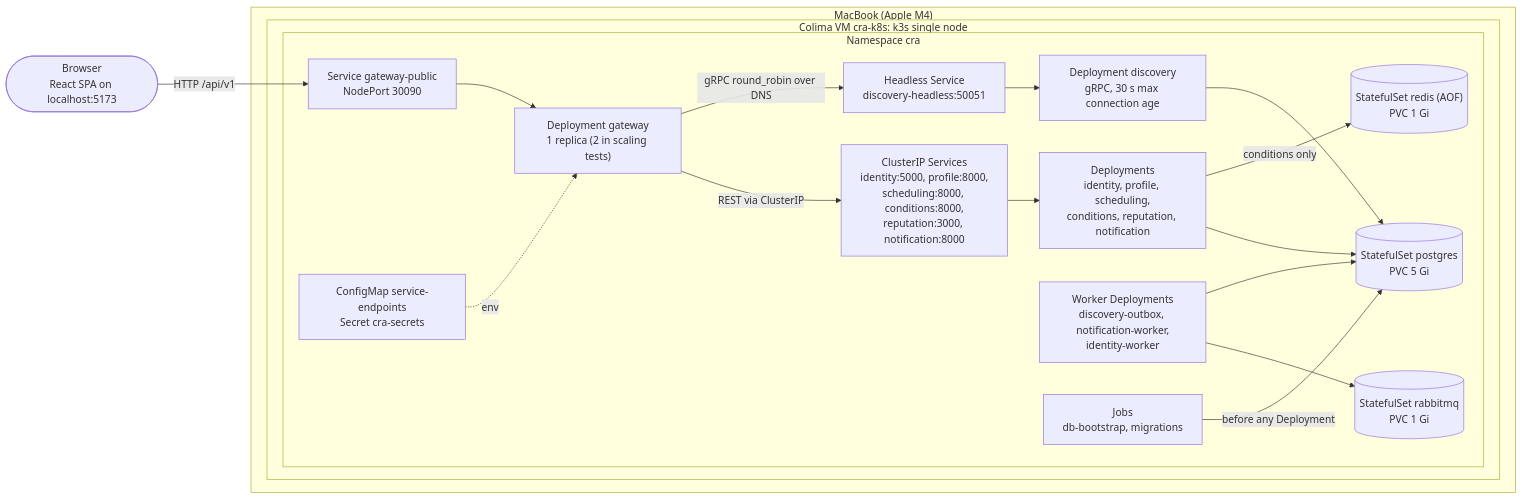
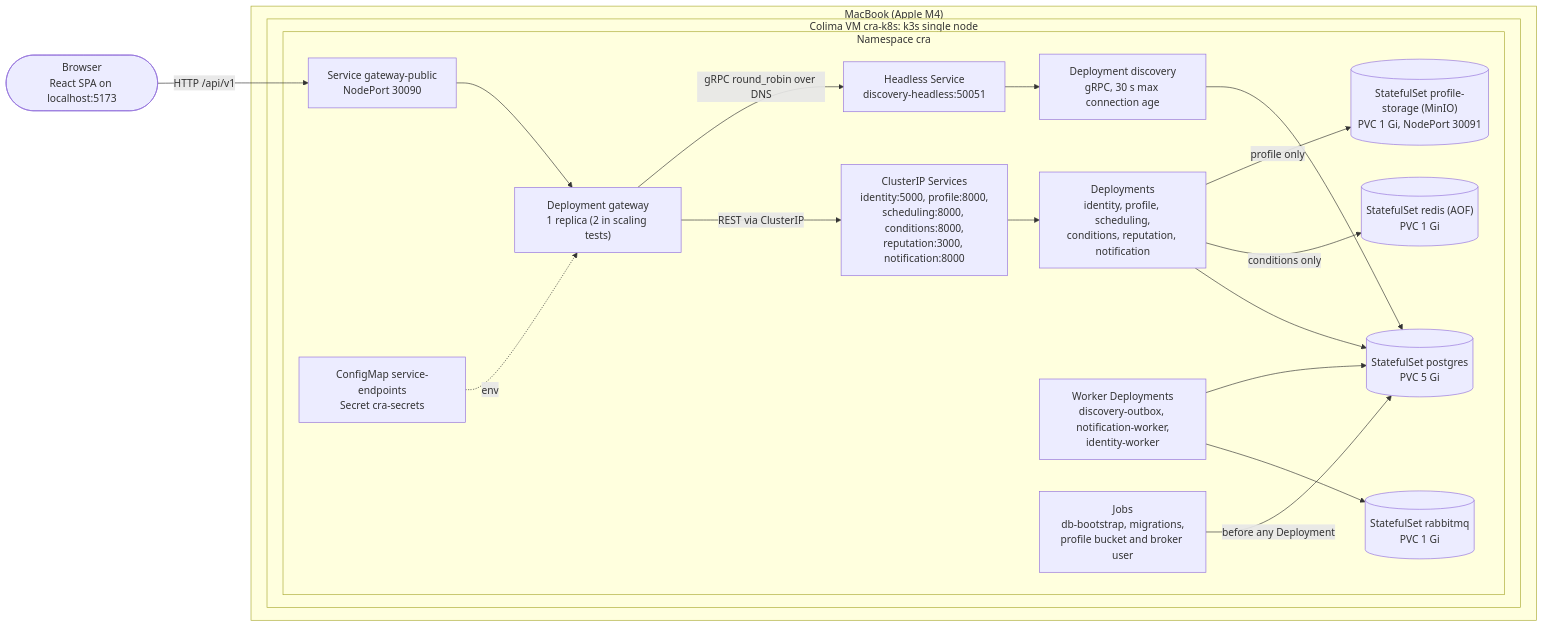
Before and after one commit to Chula-Com-Sci-2026/running-buddy-ADRs: the diagram in docs/architecture/deployment.md, drawn with Mermaid. The commit also changed other lines of this file and 4 other files, not shown here.

````diff
--- a/docs/architecture/deployment.md
+++ b/docs/architecture/deployment.md
@@ -17,34 +17,36 @@
 ```mermaid
 flowchart LR
     browser(["Browser<br/>React SPA on localhost:5173"])
 
     subgraph host["MacBook (Apple M4)"]
         subgraph vm["Colima VM cra-k8s: k3s single node"]
             subgraph ns["Namespace cra"]
                 np["Service gateway-public<br/>NodePort 30090"]
                 gw["Deployment gateway<br/>1 replica (2 in scaling tests)"]
                 svc["ClusterIP Services<br/>identity:5000, profile:8000,<br/>scheduling:8000, conditions:8000,<br/>reputation:3000, notification:8000"]
                 apps["Deployments<br/>identity, profile, scheduling,<br/>conditions, reputation, notification"]
                 dh["Headless Service<br/>discovery-headless:50051"]
                 disc["Deployment discovery<br/>gRPC, 30 s max connection age"]
                 workers["Worker Deployments<br/>discovery-outbox, notification-worker,<br/>identity-worker"]
-                jobs["Jobs<br/>db-bootstrap, migrations"]
+                jobs["Jobs<br/>db-bootstrap, migrations,<br/>profile bucket and broker user"]
                 pg[("StatefulSet postgres<br/>PVC 5 Gi")]
+                photos[("StatefulSet profile-storage (MinIO)<br/>PVC 1 Gi, NodePort 30091")]
                 redis[("StatefulSet redis (AOF)<br/>PVC 1 Gi")]
                 mq[("StatefulSet rabbitmq<br/>PVC 1 Gi")]
                 cfg["ConfigMap service-endpoints<br/>Secret cra-secrets"]
             end
         end
     end
 
     browser -->|"HTTP /api/v1"| np --> gw
     gw -->|"REST via ClusterIP"| svc --> apps
     gw -->|"gRPC round_robin over DNS"| dh --> disc
     apps --> pg
     disc --> pg
     apps -->|"conditions only"| redis
+    apps -->|"profile only"| photos
     workers --> mq
     workers --> pg
     jobs -->|"before any Deployment"| pg
     cfg -.->|"env"| gw
 ```
````
